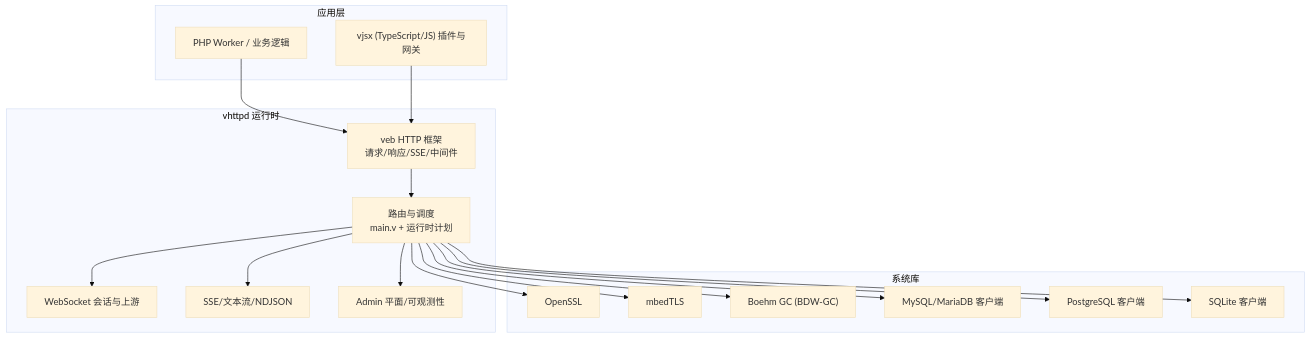
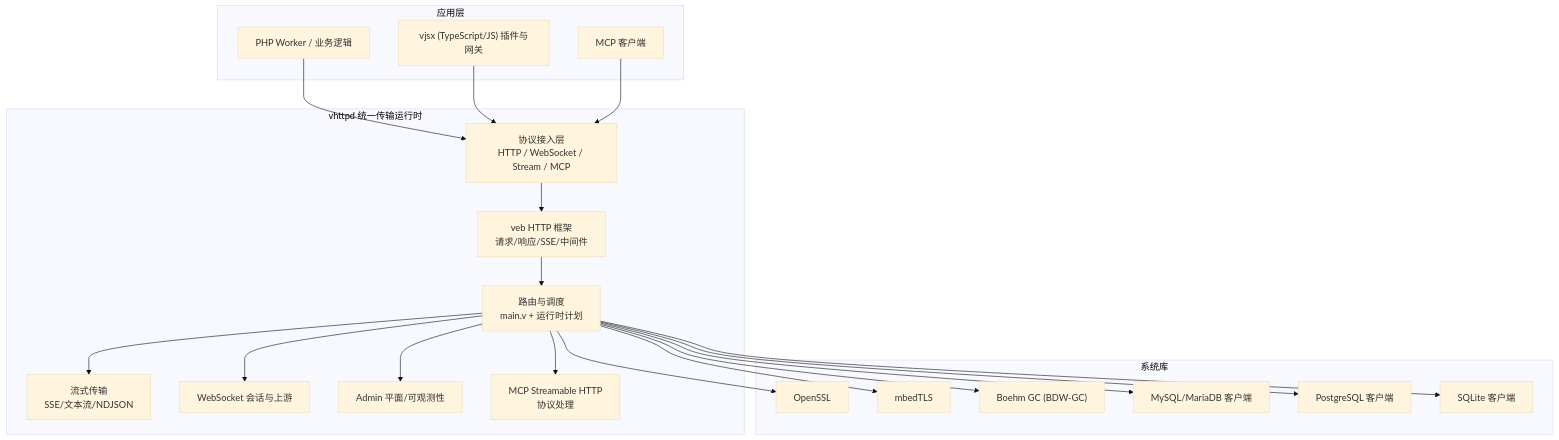
One commit to guweigang/vhttpd changed the second of 11 diagrams in .qoder/repowiki/zh/content/项目概述/技术栈.md. Above: the diagram before and after it, drawn with Mermaid (base theme). The commit also changed other lines of this file and 376 other files, not shown here.

````diff
--- a/.qoder/repowiki/zh/content/项目概述/技术栈.md
+++ b/.qoder/repowiki/zh/content/项目概述/技术栈.md
@@ -98,34 +131,40 @@
 ```mermaid
 graph TB
 subgraph "应用层"
 PHP["PHP Worker / 业务逻辑"]
 VJSX["vjsx (TypeScript/JS) 插件与网关"]
+MCP_CLIENT["MCP 客户端"]
 end
-subgraph "vhttpd 运行时"
+subgraph "vhttpd 统一传输运行时"
+INGRESS["协议接入层<br/>HTTP / WebSocket / Stream / MCP"]
 VEB["veb HTTP 框架<br/>请求/响应/SSE/中间件"]
 ROUTE["路由与调度<br/>main.v + 运行时计划"]
+STREAM["流式传输<br/>SSE/文本流/NDJSON"]
 WS["WebSocket 会话与上游"]
-STREAM["SSE/文本流/NDJSON"]
 ADMIN["Admin 平面/可观测性"]
+MCP_RUNTIME["MCP Streamable HTTP<br/>协议处理"]
 end
 subgraph "系统库"
 TLS_OSSL["OpenSSL"]
 TLS_MBED["mbedTLS"]
 GC["Boehm GC (BDW-GC)"]
 DB_MY["MySQL/MariaDB 客户端"]
 DB_PG["PostgreSQL 客户端"]
 DB_SQLITE["SQLite 客户端"]
 end
-PHP --> VEB
-VJSX --> VEB
+PHP --> INGRESS
+VJSX --> INGRESS
+MCP_CLIENT --> INGRESS
+INGRESS --> VEB
 VEB --> ROUTE
+ROUTE --> STREAM
 ROUTE --> WS
-ROUTE --> STREAM
 ROUTE --> ADMIN
+ROUTE --> MCP_RUNTIME
 ROUTE --> TLS_OSSL
 ROUTE --> TLS_MBED
 ROUTE --> GC
 ROUTE --> DB_MY
 ROUTE --> DB_PG
 ROUTE --> DB_SQLITE
 ```
````
